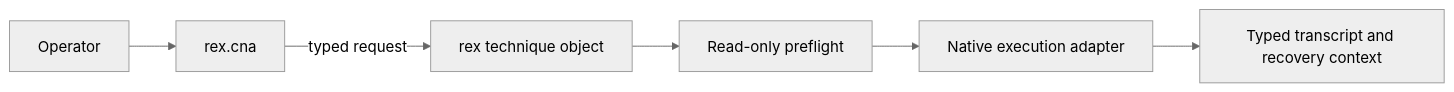
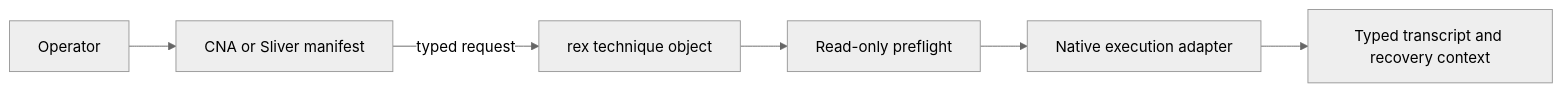
The diagram in docs/architecture.md (rubyattack3r/Rex-BOF), drawn with Mermaid (neutral theme) before and after one commit. The commit also changed other lines of this file and 31 other files, not shown here.

````diff
--- a/docs/architecture.md
+++ b/docs/architecture.md
@@ -5,8 +9,8 @@
 ```mermaid
 flowchart LR
-    O[Operator] --> C[rex.cna]
-    C -->|typed request| B[rex technique object]
+    O[Operator] --> I[CNA or Sliver manifest]
+    I -->|typed request| B[rex technique object]
     B --> P[Read-only preflight]
     P --> E[Native execution adapter]
     E --> R[Typed transcript and recovery context]
 ```
````
